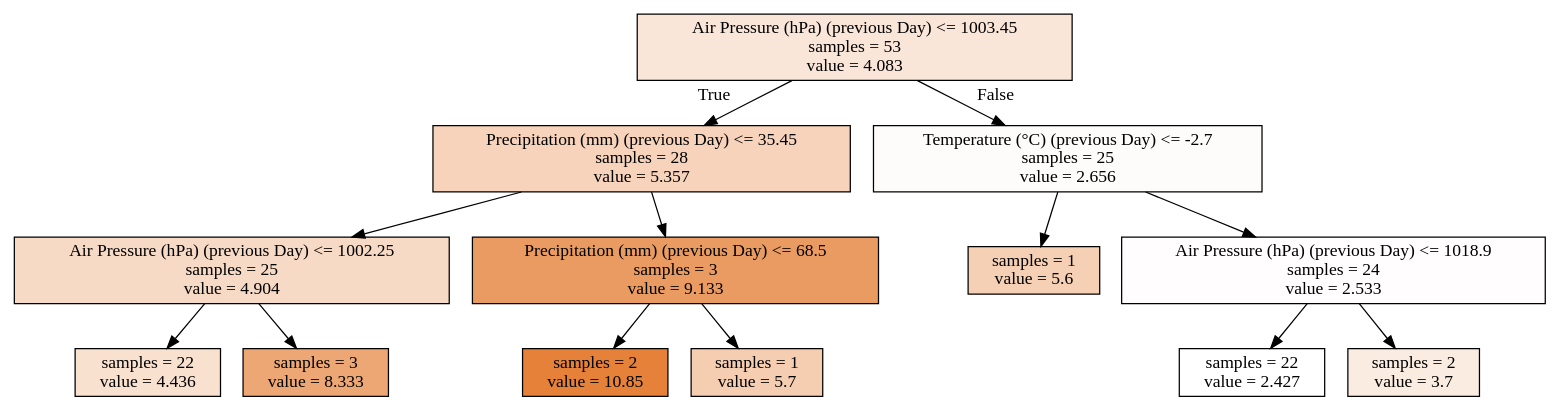
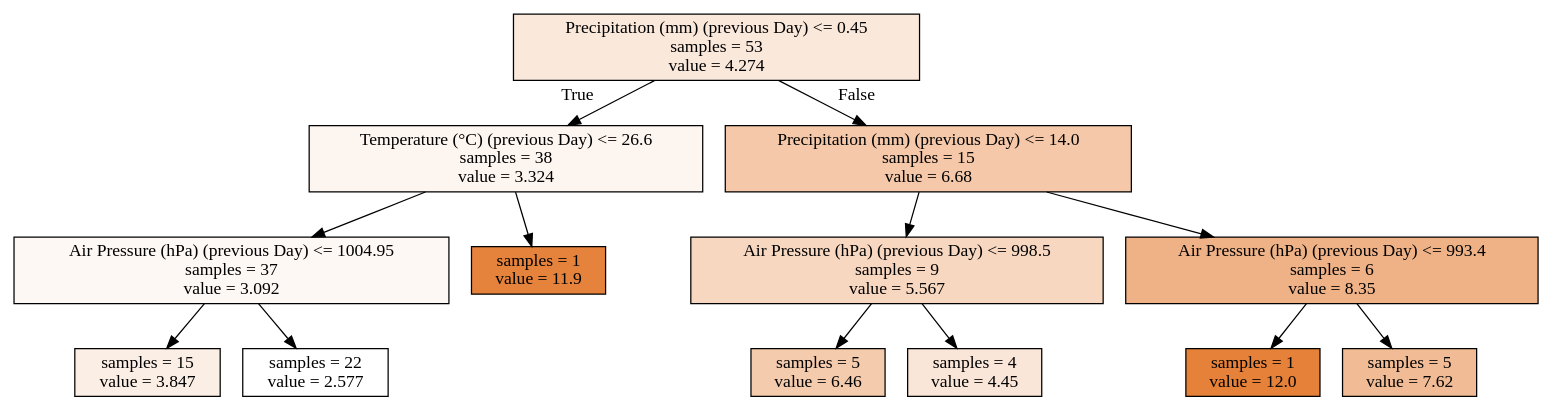
Before and after one commit to Fedeloz/Jungnangcheon_BOD_prediction: the diagram in adspy_temp.dot, drawn with Graphviz. The commit also changed 7 other files, not shown here.

```diff
--- a/adspy_temp.dot
+++ b/adspy_temp.dot
@@ -1,28 +1,28 @@
 digraph Tree {
 node [shape=box, style="filled", color="black"] ;
-0 [label="Air Pressure (hPa) (previous Day) <= 1003.45\nsamples = 53\nvalue = 4.083", fillcolor="#fae6d8"] ;
-1 [label="Precipitation (mm) (previous Day) <= 35.45\nsamples = 28\nvalue = 5.357", fillcolor="#f6d3ba"] ;
+0 [label="Precipitation (mm) (previous Day) <= 0.45\nsamples = 53\nvalue = 4.274", fillcolor="#fae8db"] ;
+1 [label="Temperature (°C) (previous Day) <= 26.6\nsamples = 38\nvalue = 3.324", fillcolor="#fdf5ef"] ;
 0 -> 1 [labeldistance=2.5, labelangle=45, headlabel="True"] ;
-2 [label="Air Pressure (hPa) (previous Day) <= 1002.25\nsamples = 25\nvalue = 4.904", fillcolor="#f7dac5"] ;
+2 [label="Air Pressure (hPa) (previous Day) <= 1004.95\nsamples = 37\nvalue = 3.092", fillcolor="#fef8f4"] ;
 1 -> 2 ;
-3 [label="samples = 22\nvalue = 4.436", fillcolor="#f9e1d0"] ;
+3 [label="samples = 15\nvalue = 3.847", fillcolor="#fbeee4"] ;
 2 -> 3 ;
-4 [label="samples = 3\nvalue = 8.333", fillcolor="#eda774"] ;
+4 [label="samples = 22\nvalue = 2.577", fillcolor="#ffffff"] ;
 2 -> 4 ;
-5 [label="Precipitation (mm) (previous Day) <= 68.5\nsamples = 3\nvalue = 9.133", fillcolor="#ea9b61"] ;
+5 [label="samples = 1\nvalue = 11.9", fillcolor="#e5823b"] ;
 1 -> 5 ;
-6 [label="samples = 2\nvalue = 10.85", fillcolor="#e58139"] ;
-5 -> 6 ;
-7 [label="samples = 1\nvalue = 5.7", fillcolor="#f5ceb2"] ;
-5 -> 7 ;
-8 [label="Temperature (°C) (previous Day) <= -2.7\nsamples = 25\nvalue = 2.656", fillcolor="#fefcfa"] ;
-0 -> 8 [labeldistance=2.5, labelangle=-45, headlabel="False"] ;
-9 [label="samples = 1\nvalue = 5.6", fillcolor="#f5d0b4"] ;
-8 -> 9 ;
-10 [label="Air Pressure (hPa) (previous Day) <= 1018.9\nsamples = 24\nvalue = 2.533", fillcolor="#fffdfd"] ;
-8 -> 10 ;
-11 [label="samples = 22\nvalue = 2.427", fillcolor="#ffffff"] ;
+6 [label="Precipitation (mm) (previous Day) <= 14.0\nsamples = 15\nvalue = 6.68", fillcolor="#f4c8a9"] ;
+0 -> 6 [labeldistance=2.5, labelangle=-45, headlabel="False"] ;
+7 [label="Air Pressure (hPa) (previous Day) <= 998.5\nsamples = 9\nvalue = 5.567", fillcolor="#f7d7c0"] ;
+6 -> 7 ;
+8 [label="samples = 5\nvalue = 6.46", fillcolor="#f4cbad"] ;
+7 -> 8 ;
+9 [label="samples = 4\nvalue = 4.45", fillcolor="#fae6d8"] ;
+7 -> 9 ;
+10 [label="Air Pressure (hPa) (previous Day) <= 993.4\nsamples = 6\nvalue = 8.35", fillcolor="#efb286"] ;
+6 -> 10 ;
+11 [label="samples = 1\nvalue = 12.0", fillcolor="#e58139"] ;
 10 -> 11 ;
-12 [label="samples = 2\nvalue = 3.7", fillcolor="#fbece1"] ;
+12 [label="samples = 5\nvalue = 7.62", fillcolor="#f1bc95"] ;
 10 -> 12 ;
 }
```
